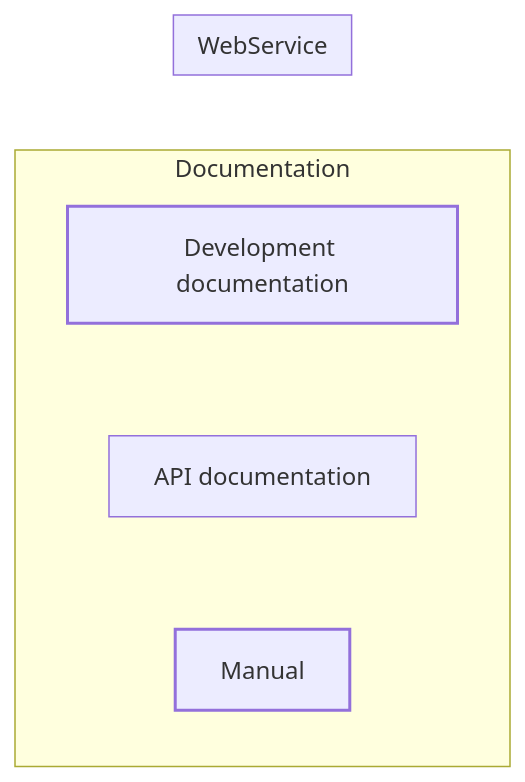
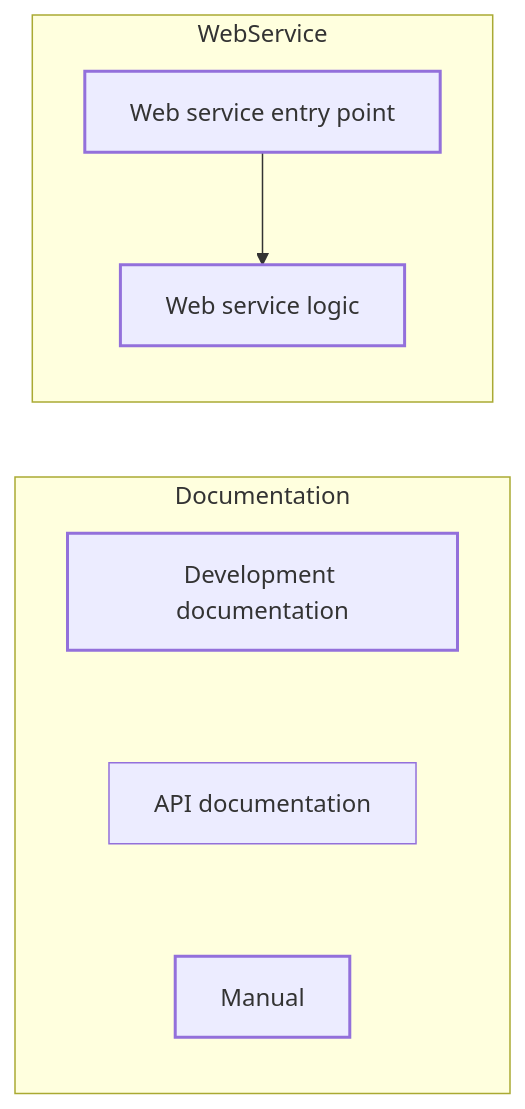
Before and after one commit to spectrum-health-systems/tingen-documentation: the first of 2 diagrams in Development/Tingen Development Processes.md, drawn with Mermaid.

Commit message:
Update Tingen Development Processes.md

````diff
--- a/Development/Tingen Development Processes.md
+++ b/Development/Tingen Development Processes.md
@@ -5,18 +5,15 @@
 ```mermaid
 flowchart LR
   subgraph Documentation
     direction TB
 	  DevelopmentDocumentation["Development documentation"] ~~~ ApiDocumentation["API documentation"] 
 	  ApiDocumentation["API documentation"] ~~~ Manual["Manual"]
   end
   subgraph WebService
     direction TB
-	  DevelopmentDocumentation["Development documentation"] ~~~ ApiDocumentation["API documentation"] 
-	  ApiDocumentation["API documentation"] ~~~ Manual["Manual"]
+	  Tingen["Web service entry point"] --> Outpost31["Web service logic"] 
   end
 
-
-
   classDef allNodes stroke-width:2px;
-  class DevelopmentDocumentation,ApiDocumentationt,Manual allNodes;
+  class DevelopmentDocumentation,ApiDocumentationt,Manual,Tingen,Outpost31 allNodes;
 ```
````
